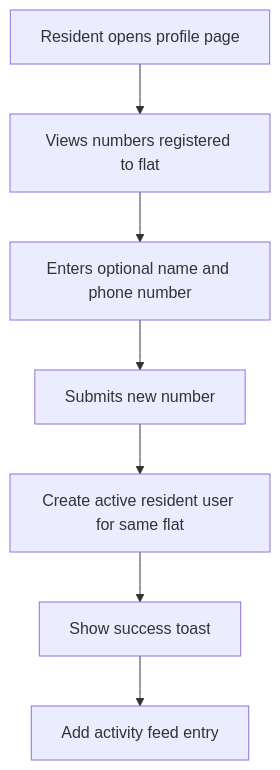
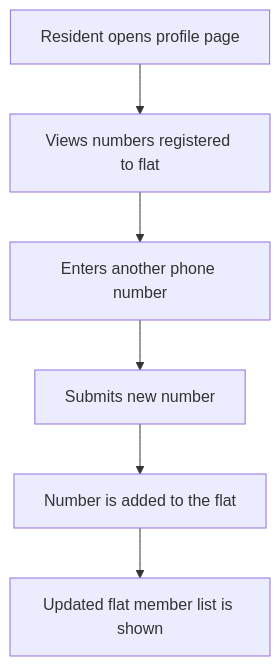
The tenth of 20 diagrams in implemented_flows.md (painful-bug/MAY2026-Team-035), drawn with Mermaid before and after one commit. The commit also changed other lines of this file, not shown here.

First line of the commit message:
Simplify flow documentation

````diff
--- a/implemented_flows.md
+++ b/implemented_flows.md
@@ -208,9 +109,8 @@
 ```mermaid
 flowchart TD
   A[Resident opens profile page] --> B[Views numbers registered to flat]
-  B --> C[Enters optional name and phone number]
+  B --> C[Enters another phone number]
   C --> D[Submits new number]
-  D --> E[Create active resident user for same flat]
-  E --> F[Show success toast]
-  F --> G[Add activity feed entry]
+  D --> E[Number is added to the flat]
+  E --> F[Updated flat member list is shown]
 ```
````
